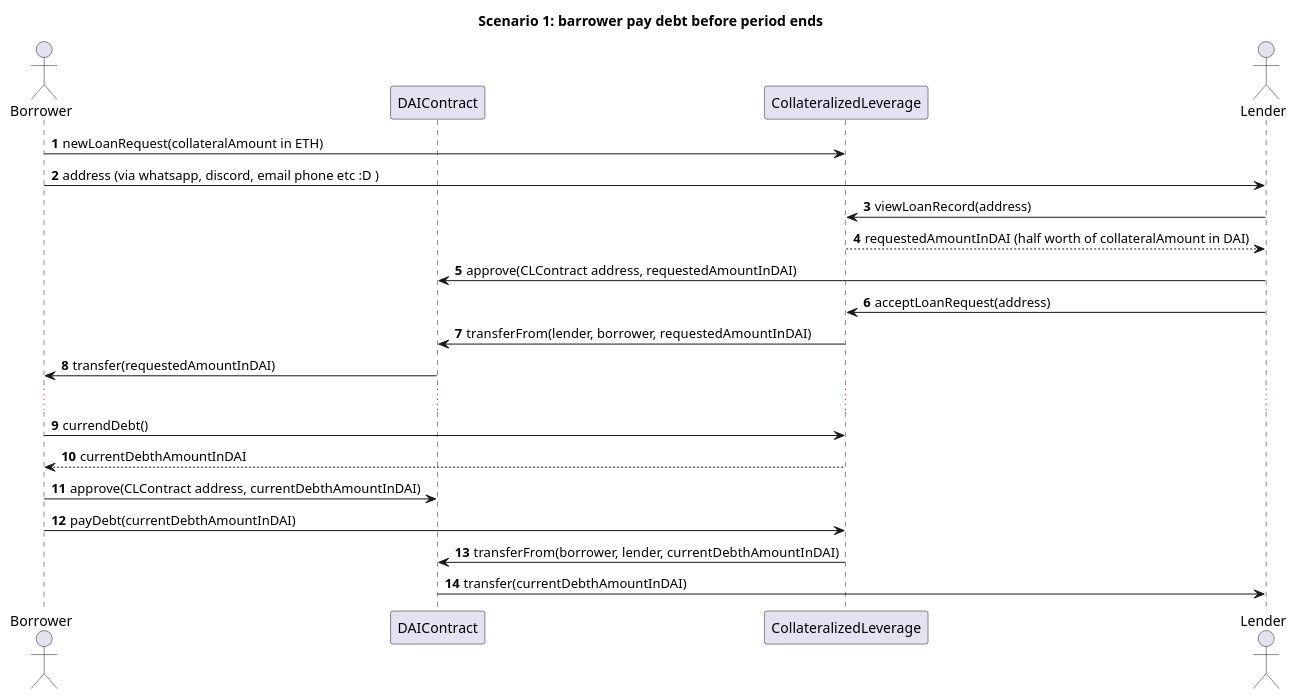
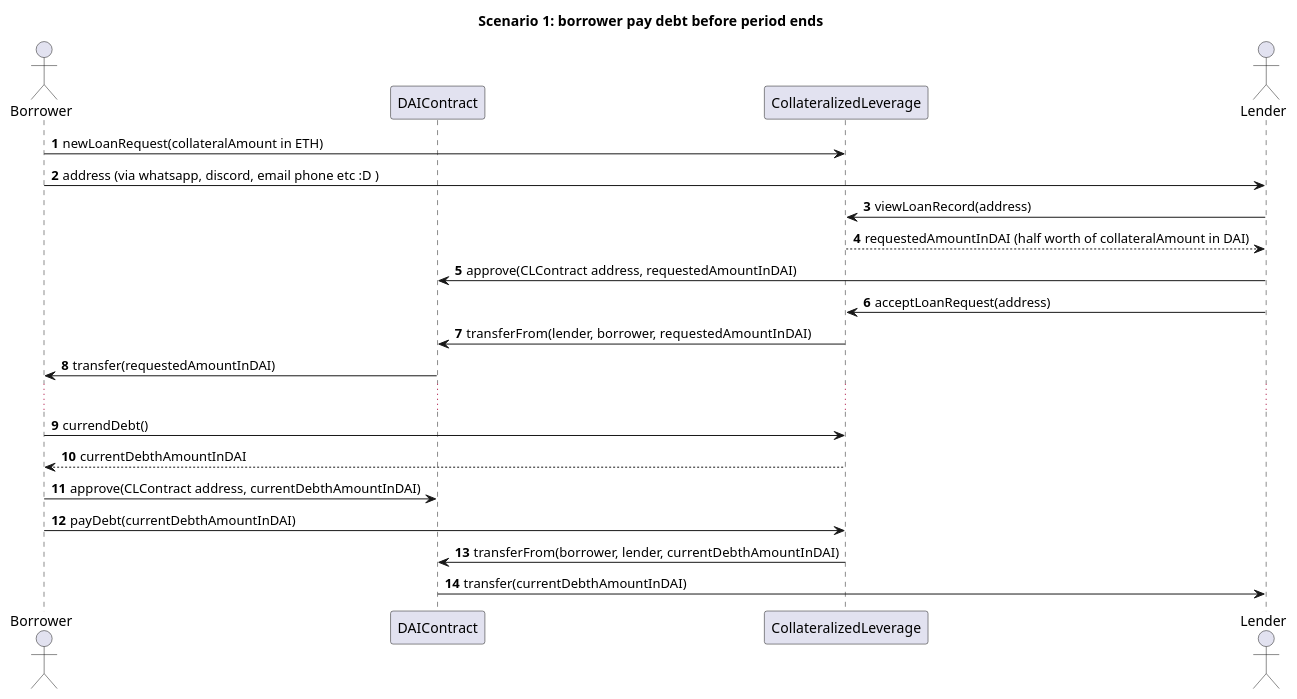
Before and after one commit to huseyindeniz/collateralized-leverage: the diagram in docs/scenario1.puml, drawn with PlantUML. The commit also changed 10 other files, not shown here.

```diff
--- a/docs/scenario1.puml
+++ b/docs/scenario1.puml
@@ -1,27 +1,27 @@
 @startuml scenario1
 autonumber
 
-title "Scenario 1: barrower pay debt before period ends"
+title "Scenario 1: borrower pay debt before period ends"
 
 actor Borrower
 participant DAIContract
 participant CollateralizedLeverage as CLContract
 actor Lender
 
 Borrower -> CLContract: newLoanRequest(collateralAmount in ETH)
 Borrower -> Lender: address (via whatsapp, discord, email phone etc :D )
 Lender -> CLContract: viewLoanRecord(address)
 CLContract --> Lender: requestedAmountInDAI (half worth of collateralAmount in DAI)
 Lender -> DAIContract: approve(CLContract address, requestedAmountInDAI)
 Lender -> CLContract: acceptLoanRequest(address)
 CLContract -> DAIContract: transferFrom(lender, borrower, requestedAmountInDAI)
 DAIContract -> Borrower: transfer(requestedAmountInDAI)
 ...
 Borrower -> CLContract: currendDebt()
 CLContract --> Borrower: currentDebthAmountInDAI
 Borrower -> DAIContract: approve(CLContract address, currentDebthAmountInDAI)
 Borrower -> CLContract: payDebt(currentDebthAmountInDAI)
 CLContract -> DAIContract: transferFrom(borrower, lender, currentDebthAmountInDAI)
 DAIContract -> Lender: transfer(currentDebthAmountInDAI)
 
 @enduml
```
